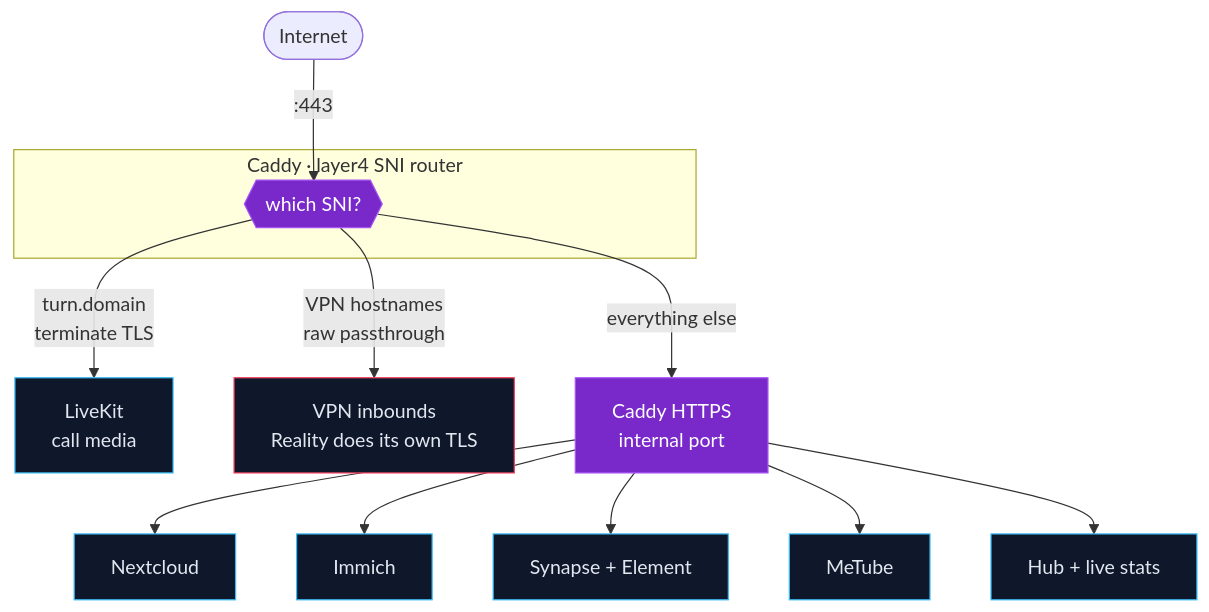
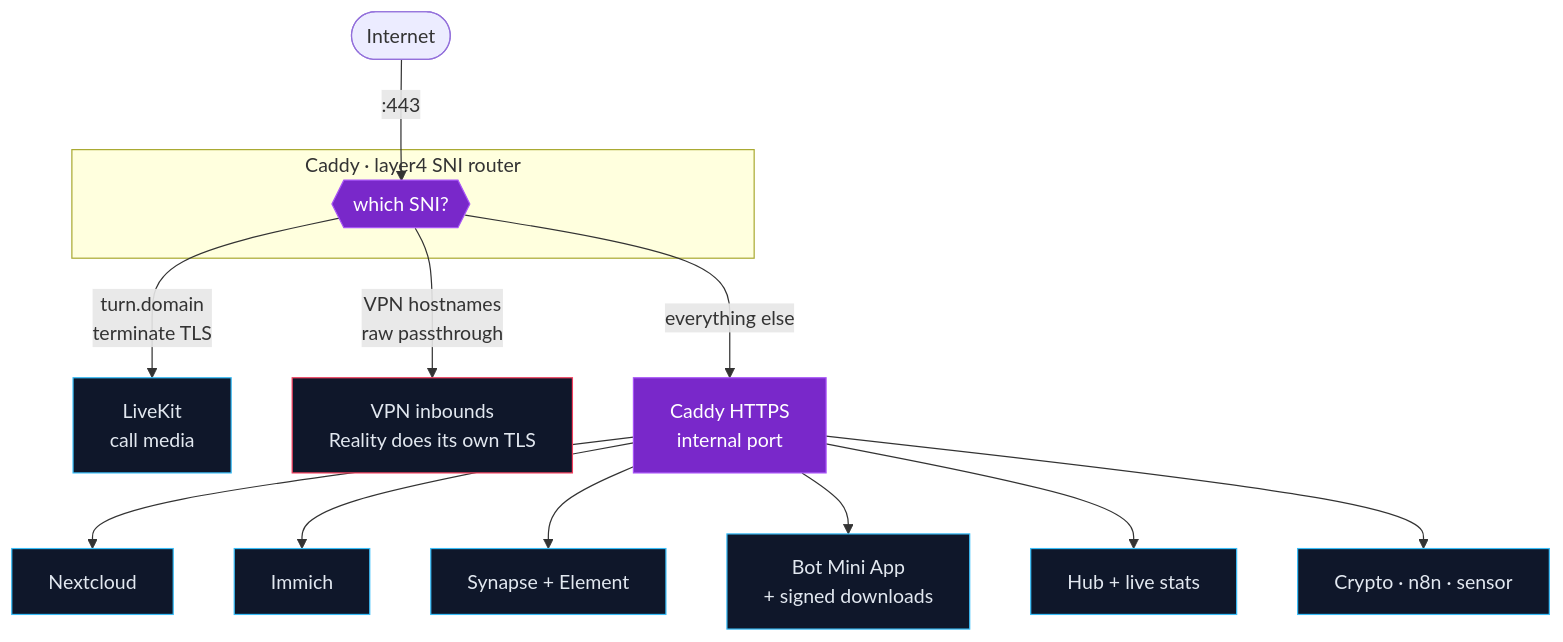
The diagram in README.md (Qumetri/MeowHub), drawn with Mermaid before and after one commit. The commit also changed other lines of this file and 11 other files, not shown here.

````diff
--- a/README.md
+++ b/README.md
@@ -69,25 +72,26 @@
 ```mermaid
 flowchart TB
     net([Internet]) -->|":443"| l4
 
     subgraph edge ["Caddy · layer4 SNI router"]
         l4{{"which SNI?"}}
     end
 
     l4 -->|"turn.domain<br/>terminate TLS"| lk["LiveKit<br/>call media"]
     l4 -->|"VPN hostnames<br/>raw passthrough"| vpn["VPN inbounds<br/>Reality does its own TLS"]
     l4 -->|"everything else"| web["Caddy HTTPS<br/>internal port"]
 
     web --> nc["Nextcloud"]
     web --> im["Immich"]
     web --> mx["Synapse + Element"]
-    web --> mt["MeTube"]
+    web --> app["Bot Mini App<br/>+ signed downloads"]
     web --> hub["Hub + live stats"]
+    web --> more["Crypto · n8n · sensor"]
 
     classDef router fill:#7928ca,stroke:#a855f7,color:#ffffff
     classDef svc fill:#0f172a,stroke:#38bdf8,color:#e2e8f0
     classDef vpn fill:#0f172a,stroke:#f43f5e,color:#e2e8f0
     class l4,web router
-    class nc,im,mx,mt,hub,lk svc
+    class nc,im,mx,app,hub,more,lk svc
     class vpn vpn
 ```
````
